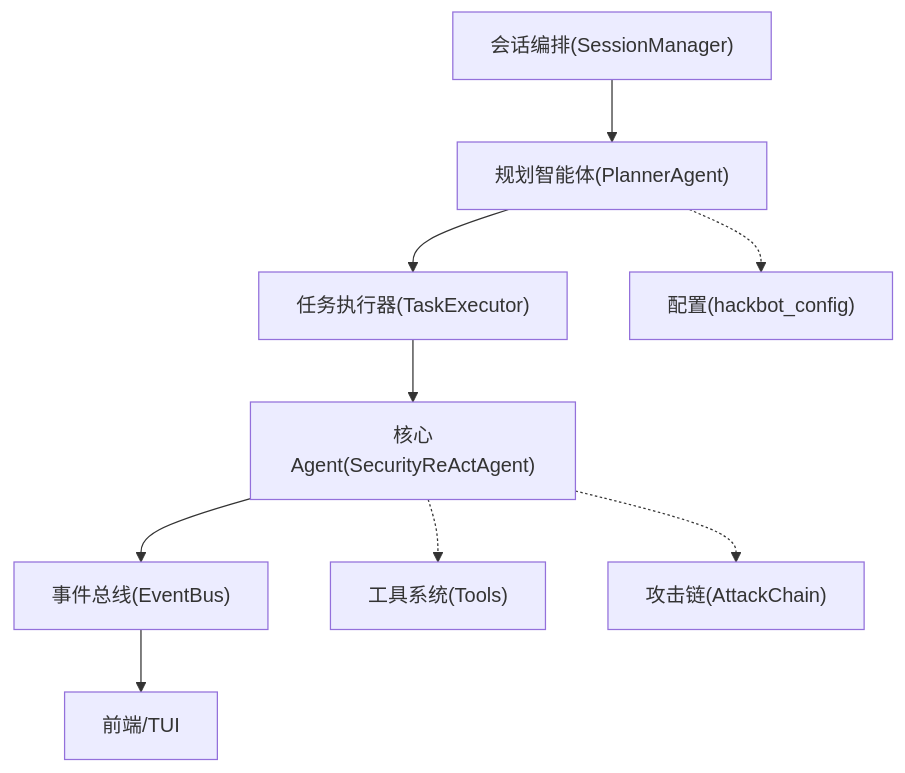
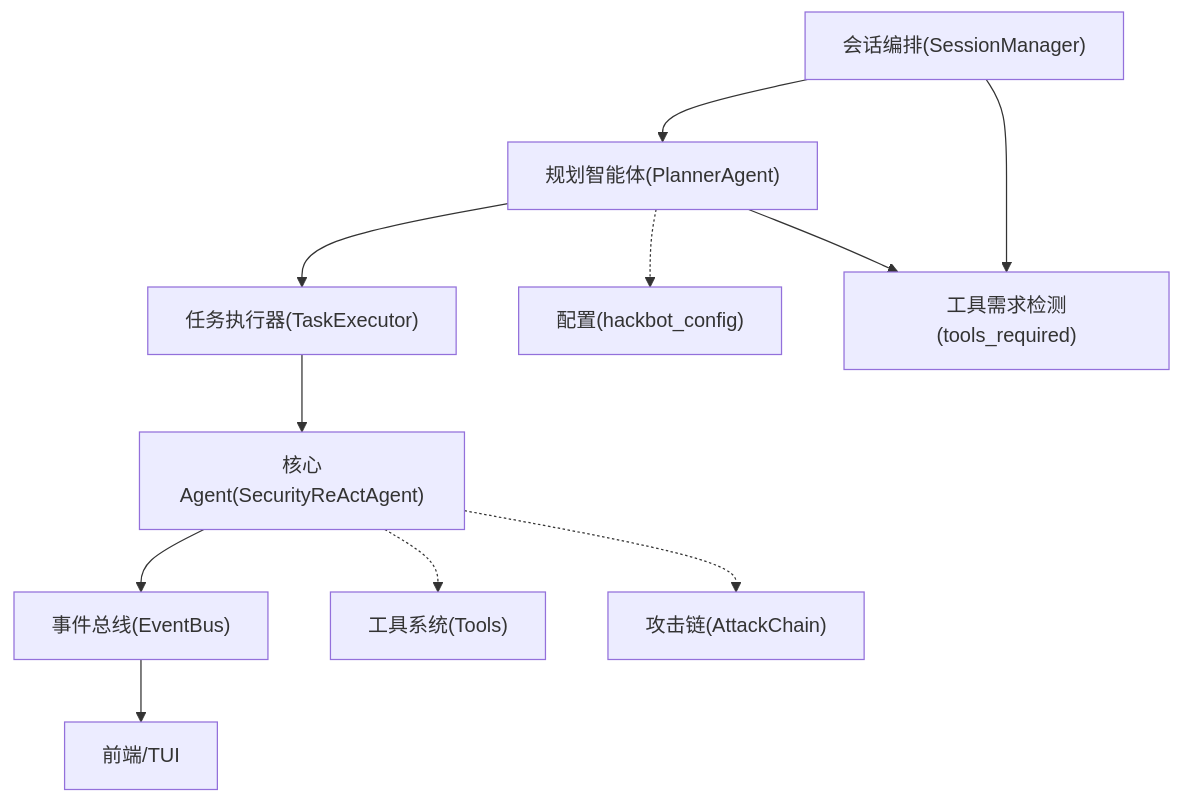
One commit to iammm0/secbot changed the first of 6 diagrams in .qoder/repowiki/zh/content/项目概述/核心功能特性/多智能体协作系统/规划智能体.md. Above: the diagram before and after it, drawn with Mermaid. The commit also changed other lines of this file and 9 other files, not shown here.

````diff
--- a/.qoder/repowiki/zh/content/项目概述/核心功能特性/多智能体协作系统/规划智能体.md
+++ b/.qoder/repowiki/zh/content/项目概述/核心功能特性/多智能体协作系统/规划智能体.md
@@ -36,11 +46,13 @@
 ```mermaid
 graph TB
 SM["会话编排(SessionManager)"] --> PA["规划智能体(PlannerAgent)"]
 PA --> TE["任务执行器(TaskExecutor)"]
 TE --> SA["核心Agent(SecurityReActAgent)"]
 SA --> EV["事件总线(EventBus)"]
 EV --> UI["前端/TUI"]
 PA -.-> CFG["配置(hackbot_config)"]
 SA -.-> TL["工具系统(Tools)"]
 SA -.-> AC["攻击链(AttackChain)"]
+PA --> TR["工具需求检测(tools_required)"]
+SM --> TR
 ```
````
